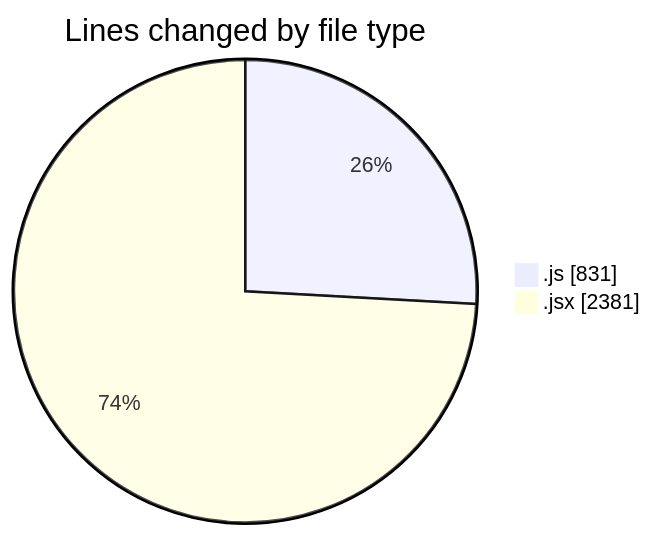
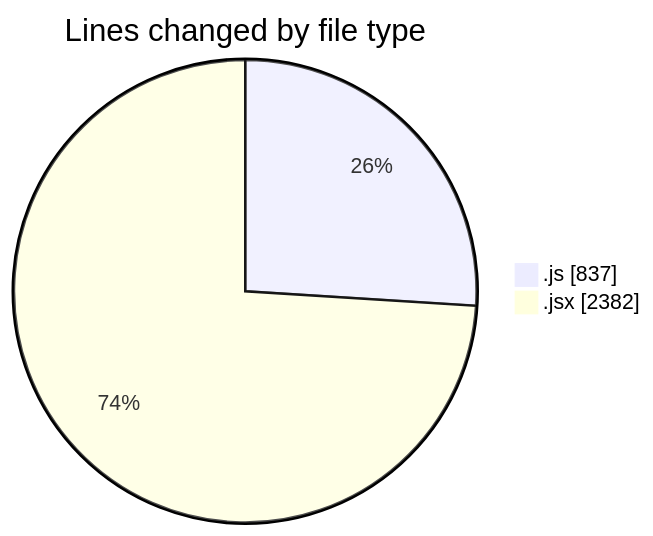
The first of 2 diagrams in 2025-10-29/nxtqube_webapp/README.md (nxtqubesakshisongat/code-tracking), drawn with Mermaid before and after one commit. The commit also changed other lines of this file and 1 other file, not shown here.

````diff
--- a/2025-10-29/nxtqube_webapp/README.md
+++ b/2025-10-29/nxtqube_webapp/README.md
@@ -23,6 +23,6 @@
 ```mermaid
 pie showData
 title Lines changed by file type
-".js" : 831
-".jsx" : 2381
+".js" : 837
+".jsx" : 2382
 ```
````
